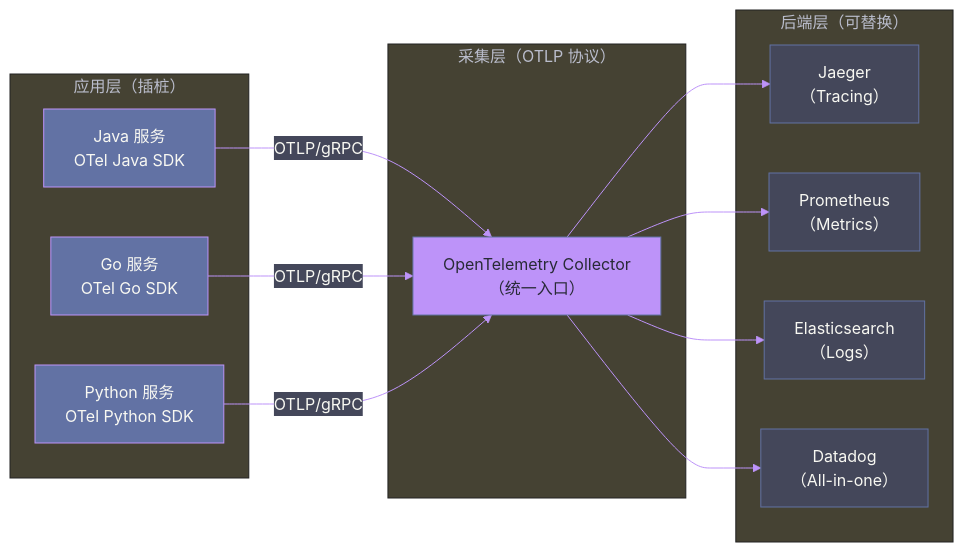
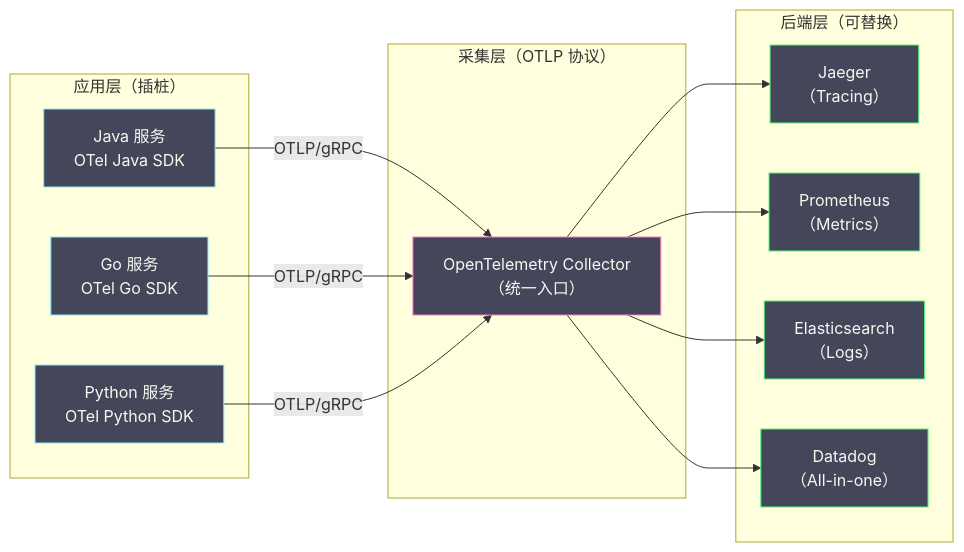
One commit to hpliStartAgain/my-brain changed the fourth of 4 diagrams in content/可观测/AIOps与可观测性实战/01 可观测性的本质：从监控到认知跃迁.md. Above: the diagram before and after it, drawn with Mermaid. The commit also changed other lines of this file and 511 other files, not shown here.

````diff
--- a/content/可观测/AIOps与可观测性实战/01 可观测性的本质：从监控到认知跃迁.md
+++ b/content/可观测/AIOps与可观测性实战/01 可观测性的本质：从监控到认知跃迁.md
@@ -384,37 +470,36 @@
 ```mermaid
-%%{init: {"theme": "base", "themeVariables": {"primaryColor": "#282a36", "primaryTextColor": "#f8f8f2", "primaryBorderColor": "#6272a4", "lineColor": "#bd93f9", "secondaryColor": "#44475a"}}}%%
+%%{init: {'theme': 'dracula'}}%%
 graph LR
     subgraph "应用层（插桩）"
         A["Java 服务<br/>OTel Java SDK"]
         B["Go 服务<br/>OTel Go SDK"]
         C["Python 服务<br/>OTel Python SDK"]
     end
-    
+
     subgraph "采集层（OTLP 协议）"
         COL["OpenTelemetry Collector<br/>（统一入口）"]
     end
-    
+
     subgraph "后端层（可替换）"
         J["Jaeger<br/>（Tracing）"]
         P["Prometheus<br/>（Metrics）"]
         E["Elasticsearch<br/>（Logs）"]
         D["Datadog<br/>（All-in-one）"]
     end
-    
+
     A -->|"OTLP/gRPC"| COL
     B -->|"OTLP/gRPC"| COL
     C -->|"OTLP/gRPC"| COL
     COL --> J
     COL --> P
     COL --> E
     COL --> D
-    
-    style COL fill:#bd93f9,stroke:#6272a4,color:#282a36
-    style A fill:#6272a4,stroke:#bd93f9,color:#f8f8f2
-    style B fill:#6272a4,stroke:#bd93f9,color:#f8f8f2
-    style C fill:#6272a4,stroke:#bd93f9,color:#f8f8f2
-    style J fill:#44475a,stroke:#6272a4,color:#f8f8f2
-    style P fill:#44475a,stroke:#6272a4,color:#f8f8f2
-    style E fill:#44475a,stroke:#6272a4,color:#f8f8f2
-    style D fill:#44475a,stroke:#6272a4,color:#f8f8f2
+
+    classDef app fill:#44475a,stroke:#8be9fd,color:#f8f8f2
+    classDef col fill:#44475a,stroke:#ff79c6,color:#f8f8f2
+    classDef backend fill:#44475a,stroke:#50fa7b,color:#f8f8f2
+
+    class A,B,C app
+    class COL col
+    class J,P,E,D backend
 ```
````
